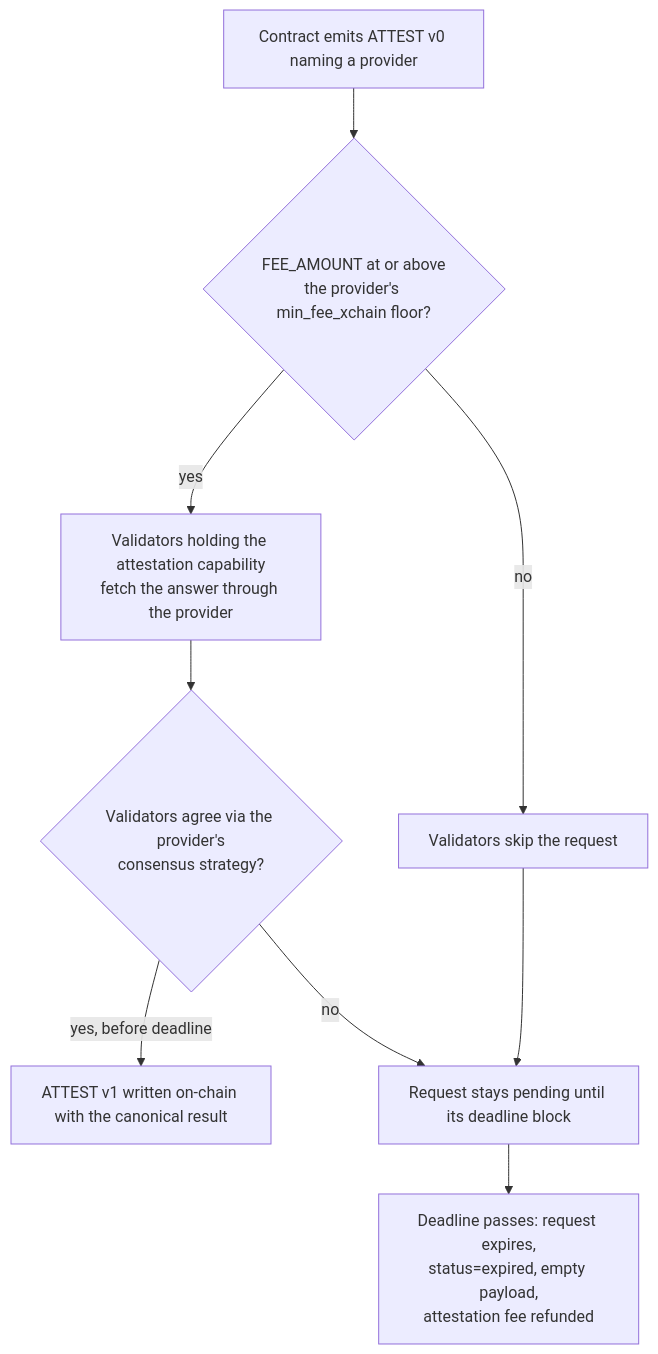
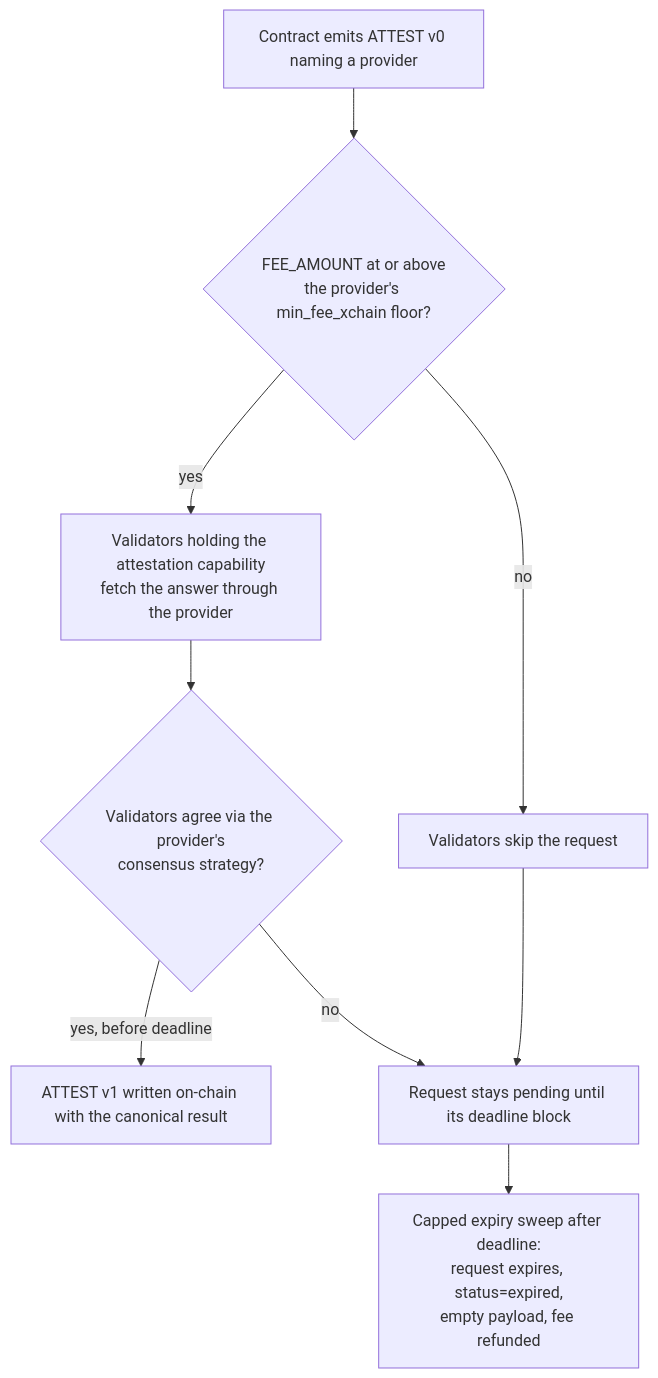
Before and after one commit to XChain-Platform/xchain-documentation: the diagram in protocol/providers/README.md, drawn with Mermaid. The commit also changed other lines of this file and 45 other files, not shown here.

````diff
--- a/protocol/providers/README.md
+++ b/protocol/providers/README.md
@@ -14,11 +14,11 @@
 ```mermaid
 flowchart TD
     Request["Contract emits ATTEST v0 naming a provider"] --> FeeCheck{"FEE_AMOUNT at or above<br>the provider's min_fee_xchain floor?"}
     FeeCheck -->|"no"| Skipped["Validators skip the request"]
     FeeCheck -->|"yes"| Fetch["Validators holding the attestation capability<br>fetch the answer through the provider"]
     Fetch --> Consensus{"Validators agree via the provider's<br>consensus strategy?"}
     Consensus -->|"yes, before deadline"| Respond["ATTEST v1 written on-chain with the canonical result"]
     Consensus -->|"no"| Pending["Request stays pending until its deadline block"]
     Skipped --> Pending
-    Pending --> Expire["Deadline passes: request expires,<br>status=expired, empty payload,<br>attestation fee refunded"]
+    Pending --> Expire["Capped expiry sweep after deadline:<br>request expires, status=expired,<br>empty payload, fee refunded"]
 ```
````
